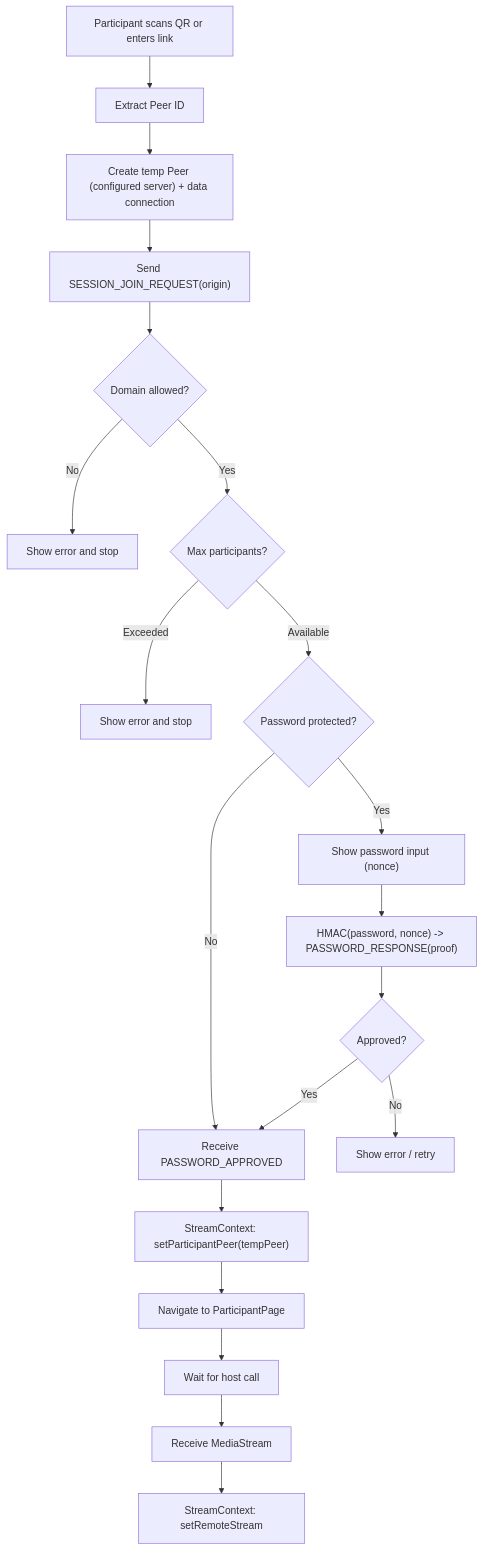
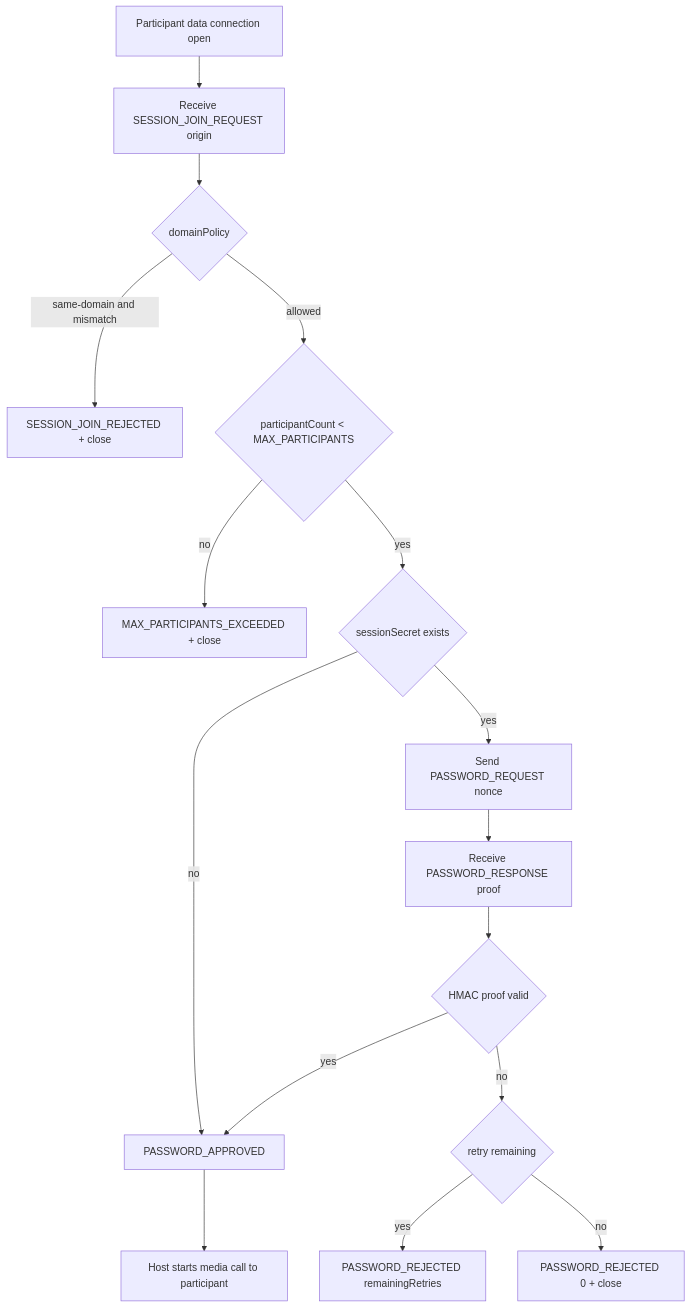
The third of 6 diagrams in ARCHITECTURE.md (BackGwa/Perspective), drawn with Mermaid before and after one commit. The commit also changed other lines of this file, not shown here.

Commit message:
docs: simplify architecture diagrams while preserving core flows

````diff
--- a/ARCHITECTURE.md
+++ b/ARCHITECTURE.md
@@ -166,26 +61,18 @@
 ```mermaid
 flowchart TD
-    A[Participant scans QR or enters link] --> B[Extract Peer ID]
-    B --> C["Create temp Peer (configured server) + data connection"]
-    C --> D["Send SESSION_JOIN_REQUEST(origin)"]
-    D --> F{Domain allowed?}
-
-    F -->|No| G[Show error and stop]
-    F -->|Yes| H{Max participants?}
-
-    H -->|Exceeded| I[Show error and stop]
-    H -->|Available| J{Password protected?}
-
-    J -->|No| K[Receive PASSWORD_APPROVED]
-    J -->|Yes| L["Show password input (nonce)"]
-    L --> M["HMAC(password, nonce) -> PASSWORD_RESPONSE(proof)"]
-    M --> N{Approved?}
-    N -->|No| O[Show error / retry]
-    N -->|Yes| K
-
-    K --> P["StreamContext: setParticipantPeer(tempPeer)"]
-    P --> Q[Navigate to ParticipantPage]
-    Q --> R[Wait for host call]
-    R --> S[Receive MediaStream]
-    S --> T[StreamContext: setRemoteStream]
+    A[Participant data connection open] --> B[Receive SESSION_JOIN_REQUEST origin]
+    B --> C{domainPolicy}
+    C -->|same-domain and mismatch| D[SESSION_JOIN_REJECTED + close]
+    C -->|allowed| E{participantCount < MAX_PARTICIPANTS}
+    E -->|no| F[MAX_PARTICIPANTS_EXCEEDED + close]
+    E -->|yes| G{sessionSecret exists}
+    G -->|no| H[PASSWORD_APPROVED]
+    G -->|yes| I[Send PASSWORD_REQUEST nonce]
+    I --> J[Receive PASSWORD_RESPONSE proof]
+    J --> K{HMAC proof valid}
+    K -->|yes| H
+    K -->|no| L{retry remaining}
+    L -->|yes| M[PASSWORD_REJECTED remainingRetries]
+    L -->|no| N[PASSWORD_REJECTED 0 + close]
+    H --> O[Host starts media call to participant]
 ```
````
